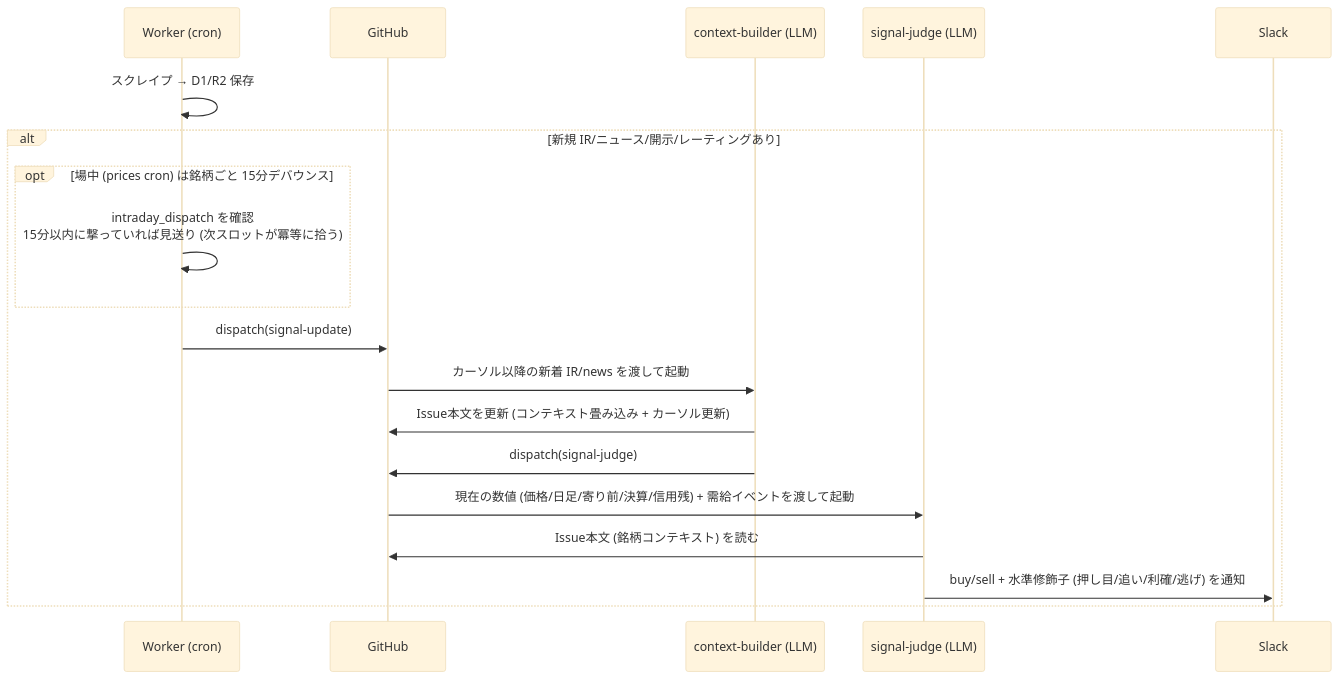
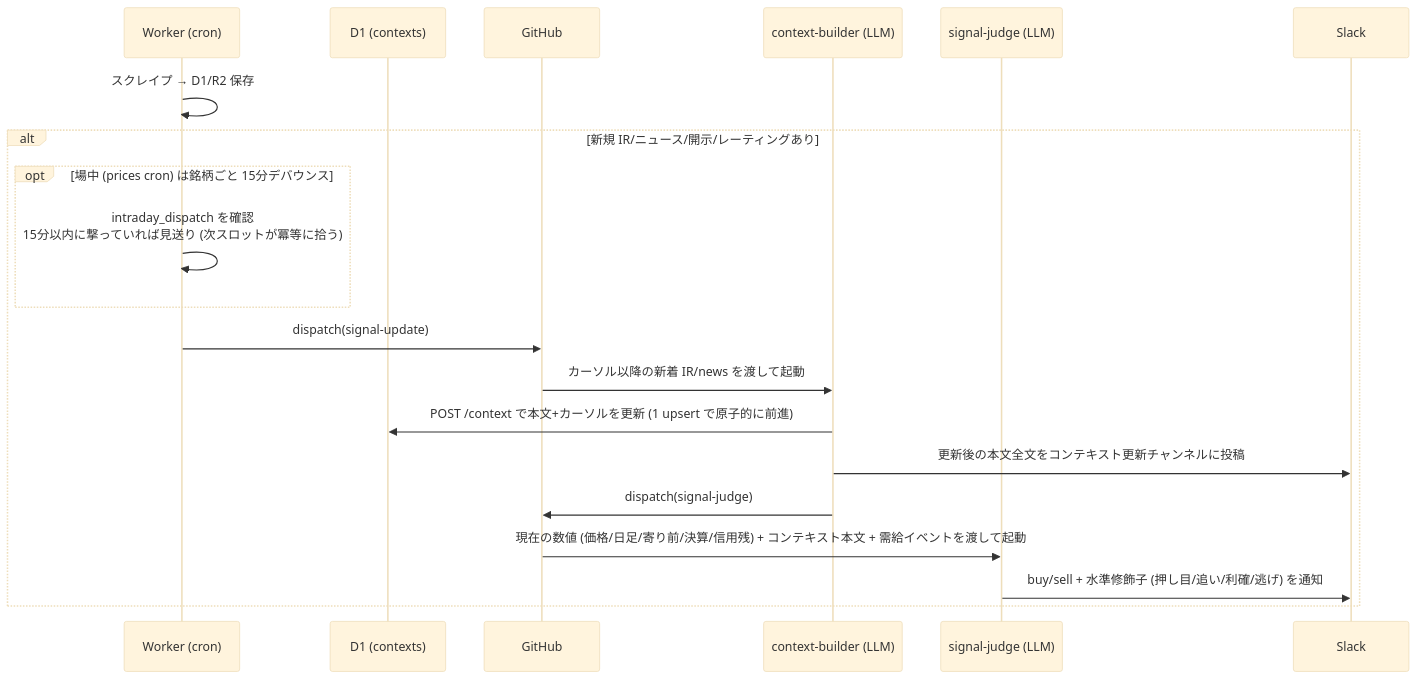
The second of 4 diagrams in README.md (omni-stove/stock-signals), drawn with Mermaid (base theme) before and after one commit. The commit also changed other lines of this file and 25 other files, not shown here.

````diff
--- a/README.md
+++ b/README.md
@@ -133,22 +130,23 @@
 ```mermaid
 sequenceDiagram
     participant W as Worker (cron)
+    participant D1 as D1 (contexts)
     participant GH as GitHub
     participant CB as context-builder (LLM)
     participant SJ as signal-judge (LLM)
     participant SL as Slack
 
     W->>W: スクレイプ → D1/R2 保存
     alt 新規 IR/ニュース/開示/レーティングあり
         opt 場中 (prices cron) は銘柄ごと 15分デバウンス
             W->>W: intraday_dispatch を確認<br/>15分以内に撃っていれば見送り (次スロットが冪等に拾う)
         end
         W->>GH: dispatch(signal-update)
         GH->>CB: カーソル以降の新着 IR/news を渡して起動
-        CB->>GH: Issue本文を更新 (コンテキスト畳み込み + カーソル更新)
+        CB->>D1: POST /context で本文+カーソルを更新 (1 upsert で原子的に前進)
+        CB->>SL: 更新後の本文全文をコンテキスト更新チャンネルに投稿
         CB->>GH: dispatch(signal-judge)
-        GH->>SJ: 現在の数値 (価格/日足/寄り前/決算/信用残) + 需給イベントを渡して起動
-        SJ->>GH: Issue本文 (銘柄コンテキスト) を読む
+        GH->>SJ: 現在の数値 (価格/日足/寄り前/決算/信用残) + コンテキスト本文 + 需給イベントを渡して起動
         SJ->>SL: buy/sell + 水準修飾子 (押し目/追い/利確/逃げ) を通知
     end
 ```
````
